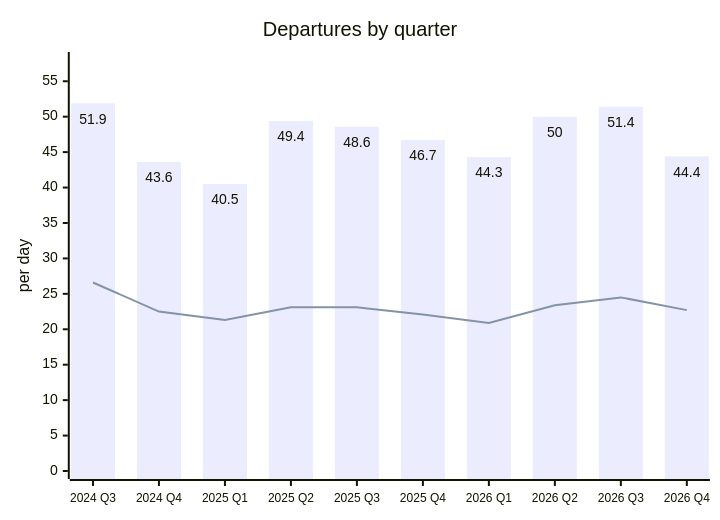
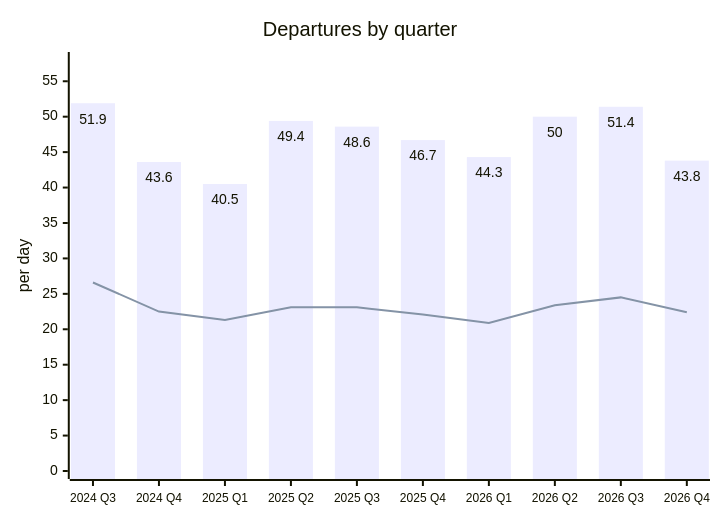
Before and after one commit to rainermesi/tll-airport-departures: the second of 2 diagrams in README.md, drawn with Mermaid. The commit also changed other lines of this file and 3 other files, not shown here.

````diff
--- a/README.md
+++ b/README.md
@@ -82,15 +82,15 @@
 ```mermaid
 ---
 config:
   xyChart:
     showDataLabel: true
     xAxis:
       labelFontSize: 12
 ---
 xychart-beta
     title "Departures by quarter"
     x-axis ["2024 Q3", "2024 Q4", "2025 Q1", "2025 Q2", "2025 Q3", "2025 Q4", "2026 Q1", "2026 Q2", "2026 Q3", "2026 Q4"]
     y-axis "per day" 0 --> 58
-    bar [51.9, 43.6, 40.5, 49.4, 48.6, 46.7, 44.3, 50.0, 51.4, 44.4]
-    line [26.6, 22.5, 21.3, 23.1, 23.1, 22.1, 20.9, 23.4, 24.5, 22.7]
+    bar [51.9, 43.6, 40.5, 49.4, 48.6, 46.7, 44.3, 50.0, 51.4, 43.8]
+    line [26.6, 22.5, 21.3, 23.1, 23.1, 22.1, 20.9, 23.4, 24.5, 22.4]
 ```
````
